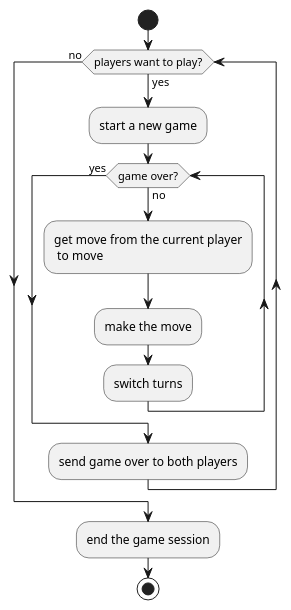
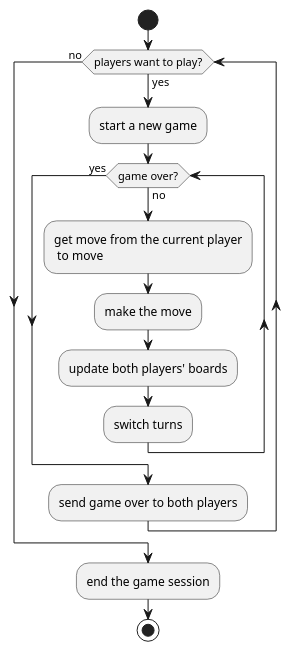
The first of 2 diagrams in UMLS/Sequences/GameSession.puml (bezalel6/Chess), drawn with PlantUML before and after one commit. The commit also changed other lines of this file and 376 other files, not shown here.

```diff
--- a/UMLS/Sequences/GameSession.puml
+++ b/UMLS/Sequences/GameSession.puml
@@ -3,18 +3,19 @@
 @startuml
 '!theme vibrant
 
 start
 while (players want to play?) is (yes)
 :start a new game;
 while(game over?) is (no)
 :get move from the current player\n to move;
 :make the move;
+:update both players' boards;
 :switch turns;
 endwhile (yes)
 :send game over to both players;
 endwhile(no)
 :end the game session;
 stop
 
 
 @enduml
```
